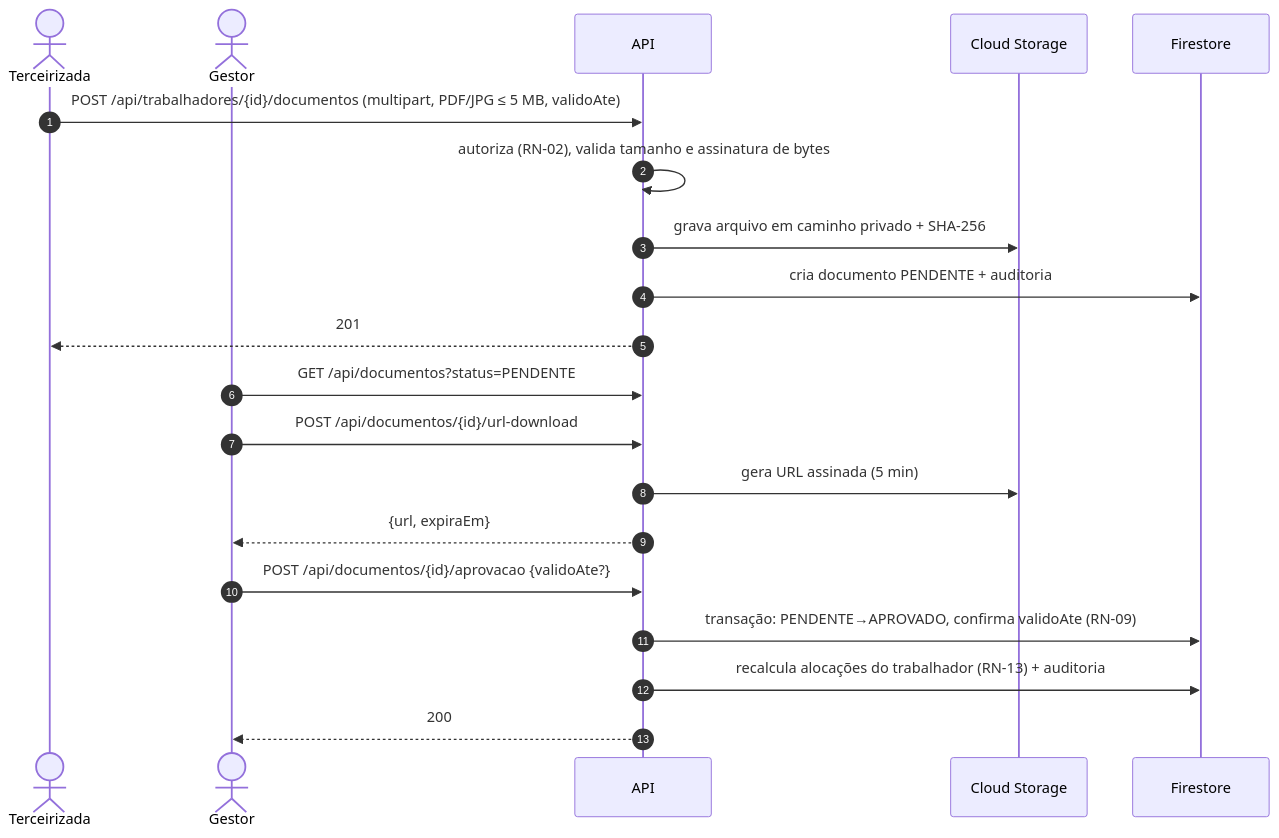
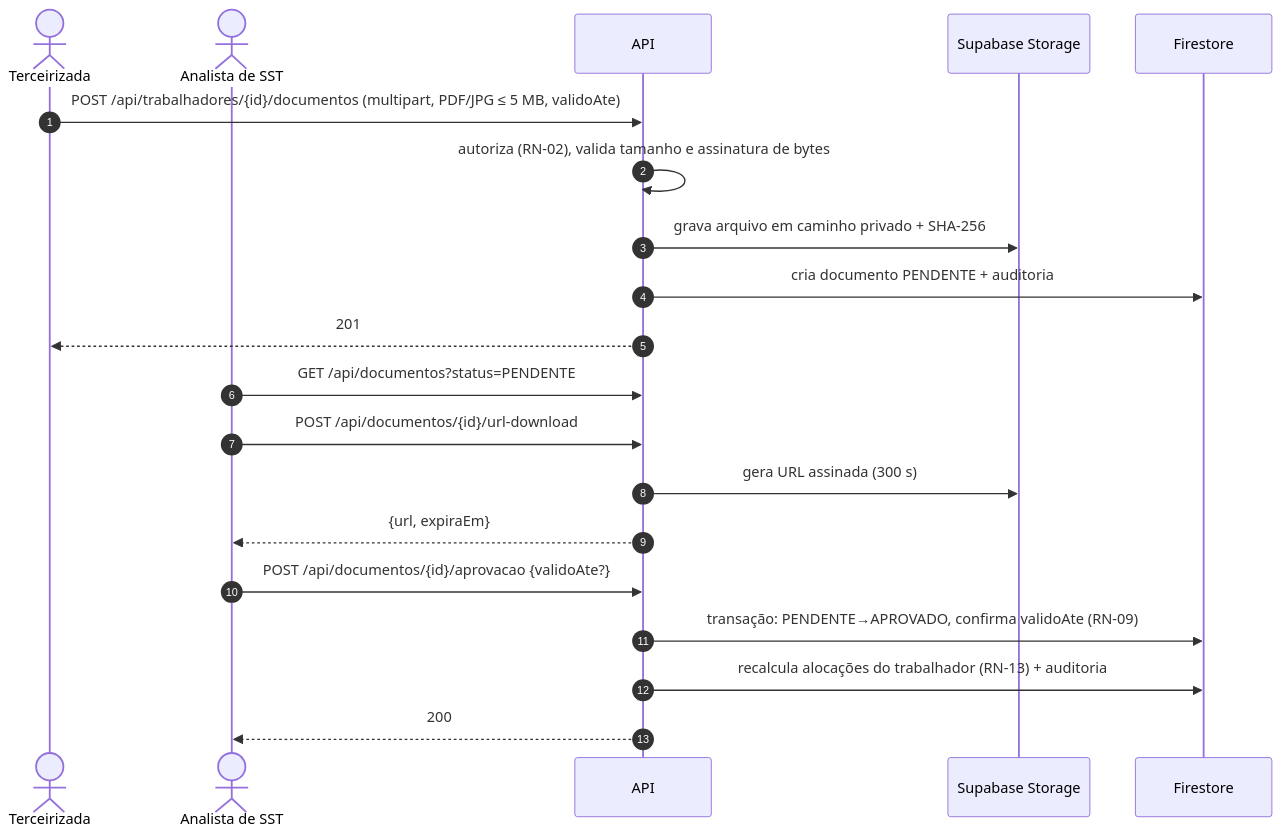
The fifth of 6 diagrams in docs/arquitetura/index.md (projeto-habilita/habilita-docs), drawn with Mermaid before and after one commit. The commit also changed other lines of this file and 16 other files, not shown here.

````diff
--- a/docs/arquitetura/index.md
+++ b/docs/arquitetura/index.md
@@ -123,22 +128,22 @@
 ```mermaid
 sequenceDiagram
     autonumber
     actor T as Terceirizada
-    actor G as Gestor
+    actor G as Analista de SST
     participant A as API
-    participant S as Cloud Storage
+    participant S as Supabase Storage
     participant F as Firestore
     T->>A: POST /api/trabalhadores/{id}/documentos (multipart, PDF/JPG ≤ 5 MB, validoAte)
     A->>A: autoriza (RN-02), valida tamanho e assinatura de bytes
     A->>S: grava arquivo em caminho privado + SHA-256
     A->>F: cria documento PENDENTE + auditoria
     A-->>T: 201
     G->>A: GET /api/documentos?status=PENDENTE
     G->>A: POST /api/documentos/{id}/url-download
-    A->>S: gera URL assinada (5 min)
+    A->>S: gera URL assinada (300 s)
     A-->>G: {url, expiraEm}
     G->>A: POST /api/documentos/{id}/aprovacao {validoAte?}
     A->>F: transação: PENDENTE→APROVADO, confirma validoAte (RN-09)
     A->>F: recalcula alocações do trabalhador (RN-13) + auditoria
     A-->>G: 200
 ```
````
